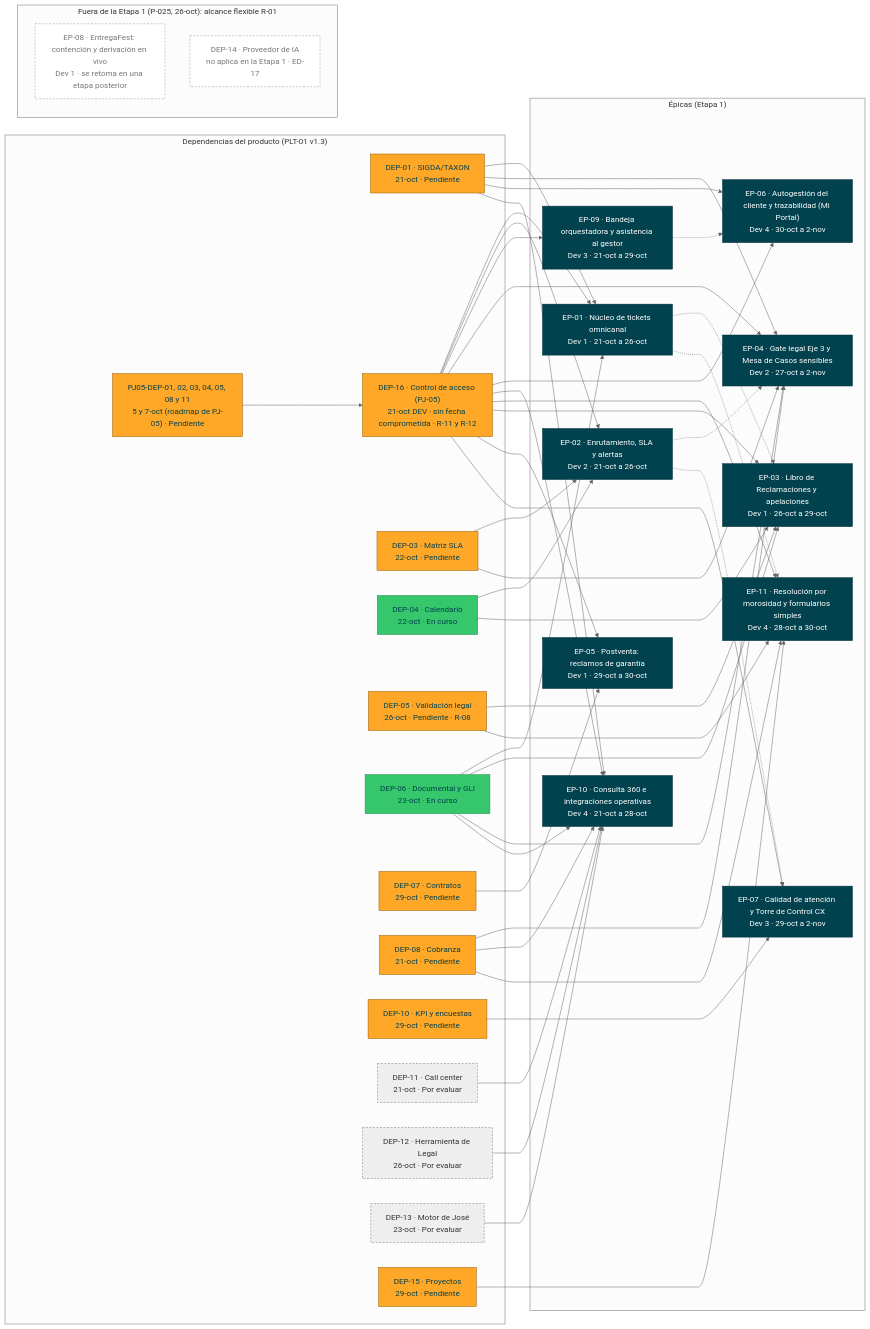
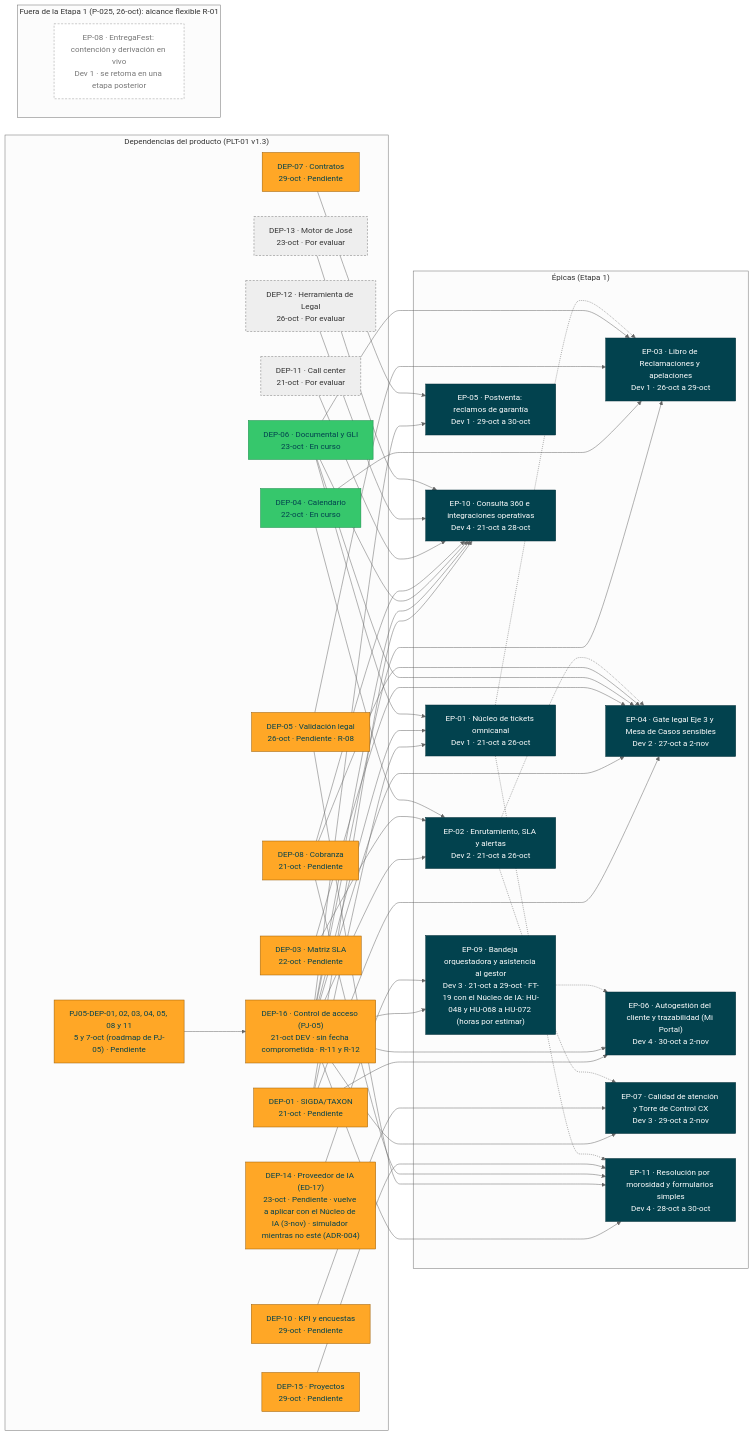
Before and after one commit to michel-poma-huachihuaco/tyc-mockup: the diagram in docs/roadmap/RMP-001-roadmap-aybar-atiende.md, drawn with Mermaid (neutral theme). The commit also changed other lines of this file and 79 other files, not shown here.

```diff
--- a/docs/roadmap/RMP-001-roadmap-aybar-atiende.md
+++ b/docs/roadmap/RMP-001-roadmap-aybar-atiende.md
@@ -189,6 +189,7 @@
     DEP11["DEP-11 · Call center<br/>21-oct · Por evaluar"]
     DEP12["DEP-12 · Herramienta de Legal<br/>26-oct · Por evaluar"]
     DEP13["DEP-13 · Motor de José<br/>23-oct · Por evaluar"]
+    DEP14["DEP-14 · Proveedor de IA (ED-17)<br/>23-oct · Pendiente · vuelve a aplicar con el Núcleo de IA (3-nov) · simulador mientras no esté (ADR-004)"]
     DEP15["DEP-15 · Proyectos<br/>29-oct · Pendiente"]
   end
   subgraph Epicas["Épicas (Etapa 1)"]
@@ -199,13 +200,12 @@
     EPATC05["EP-05 · Postventa: reclamos de garantía<br/>Dev 1 · 29-oct a 30-oct"]
     EPATC06["EP-06 · Autogestión del cliente y trazabilidad (Mi Portal)<br/>Dev 4 · 30-oct a 2-nov"]
     EPATC07["EP-07 · Calidad de atención y Torre de Control CX<br/>Dev 3 · 29-oct a 2-nov"]
-    EPATC09["EP-09 · Bandeja orquestadora y asistencia al gestor<br/>Dev 3 · 21-oct a 29-oct"]
+    EPATC09["EP-09 · Bandeja orquestadora y asistencia al gestor<br/>Dev 3 · 21-oct a 29-oct · FT-19 con el Núcleo de IA: HU-048 y HU-068 a HU-072 (horas por estimar)"]
     EPATC10["EP-10 · Consulta 360 e integraciones operativas<br/>Dev 4 · 21-oct a 28-oct"]
     EPATC11["EP-11 · Resolución por morosidad y formularios simples<br/>Dev 4 · 28-oct a 30-oct"]
   end
   subgraph Fuera["Fuera de la Etapa 1 (P-025, 26-oct): alcance flexible R-01"]
     EPATC08["EP-08 · EntregaFest: contención y derivación en vivo<br/>Dev 1 · se retoma en una etapa posterior"]
-    DEP14["DEP-14 · Proveedor de IA<br/>no aplica en la Etapa 1 · ED-17"]
   end
   DEP01 --> EPATC01
   DEP01 --> EPATC04
@@ -240,6 +240,7 @@
   DEP11 --> EPATC10
   DEP12 --> EPATC10
   DEP13 --> EPATC10
+  DEP14 --> EPATC09
   DEP15 --> EPATC11
   EPATC01 -..-> EPATC03
   EPATC01 -..-> EPATC11
@@ -264,7 +265,7 @@
   class DEP11 eval
   class DEP12 eval
   class DEP13 eval
-  class DEP14 fuera
+  class DEP14 pend
   class DEP15 pend
   class EPATC01,EPATC02,EPATC03,EPATC04,EPATC05,EPATC06,EPATC07,EPATC09,EPATC10,EPATC11 ep
   class EPATC08 fuera
```
